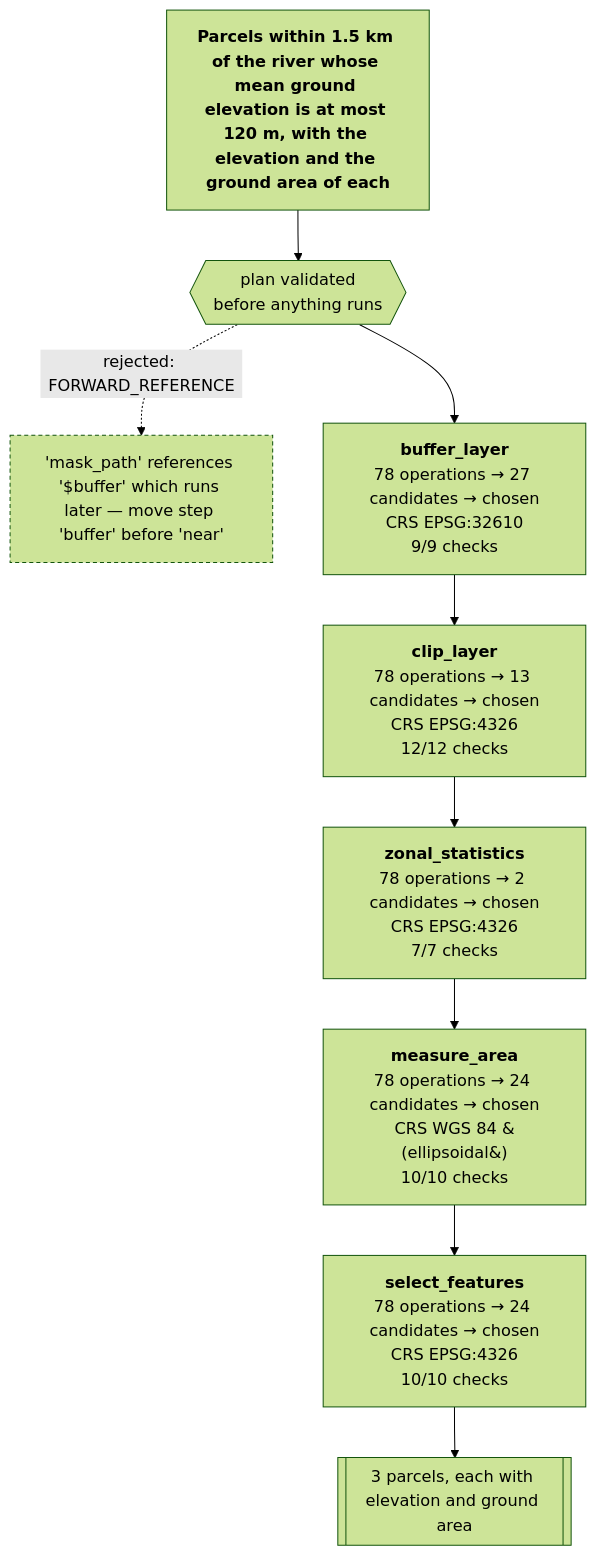
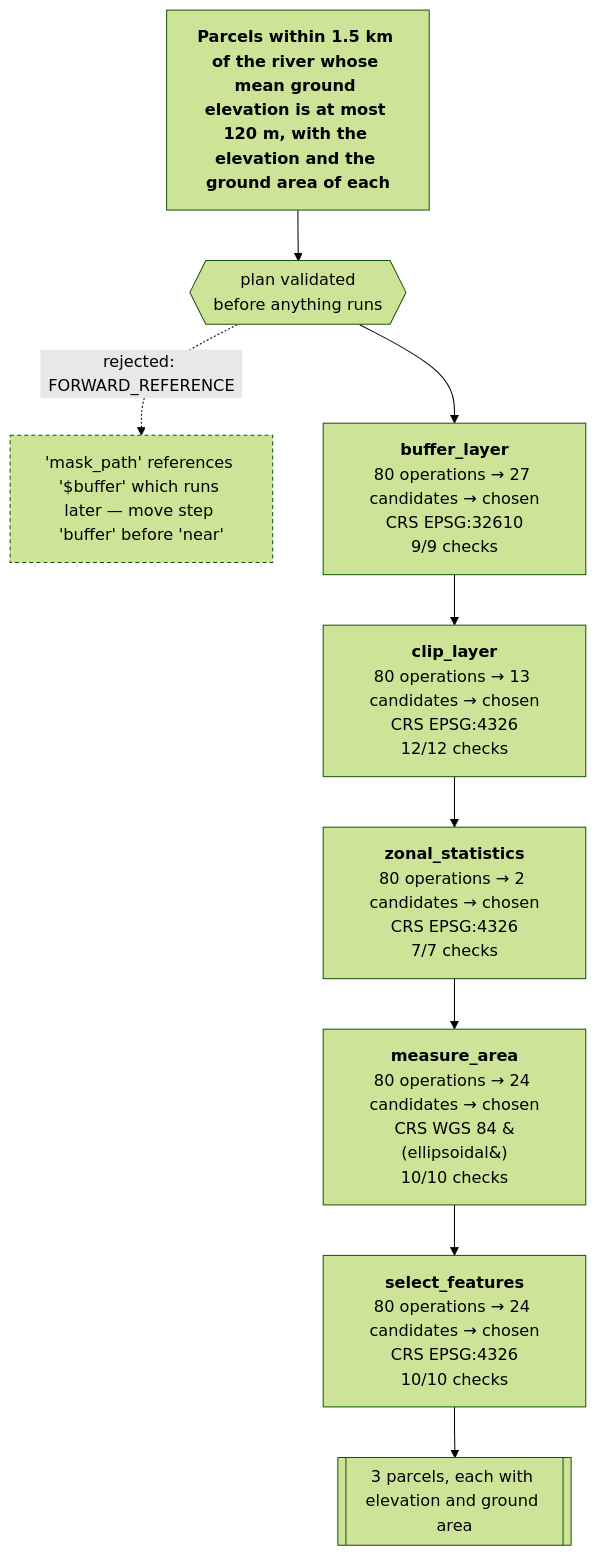
One commit to mapsmith-ai/MapSmith changed the diagram in README.md. Above: the diagram before and after it, drawn with Mermaid (forest theme). The commit also changed other lines of this file and 55 other files, not shown here.

Commit message:
Deliver the agentic geoprocessing roadmap

````diff
--- a/README.md
+++ b/README.md
@@ -89,20 +89,20 @@
 ```mermaid
 flowchart TB
   ASK["<b>Parcels within 1.5 km of the river whose mean ground elevation is at most 120 m, with the elevation and the ground area of each</b>"]
   ASK --> PLAN{{"plan validated<br/>before anything runs"}}
   PLAN -. "rejected: FORWARD_REFERENCE" .-> BAD["'mask_path' references '$buffer' which runs later — move step 'buffer' before 'near'"]
   BAD:::bad
-  BUFFER["<b>buffer_layer</b><br/>78 operations &rarr; 27 candidates &rarr; chosen<br/>CRS EPSG:32610<br/>9/9 checks"]
+  BUFFER["<b>buffer_layer</b><br/>80 operations &rarr; 27 candidates &rarr; chosen<br/>CRS EPSG:32610<br/>9/9 checks"]
   PLAN --> BUFFER
-  NEAR["<b>clip_layer</b><br/>78 operations &rarr; 13 candidates &rarr; chosen<br/>CRS EPSG:4326<br/>12/12 checks"]
+  NEAR["<b>clip_layer</b><br/>80 operations &rarr; 13 candidates &rarr; chosen<br/>CRS EPSG:4326<br/>12/12 checks"]
   BUFFER --> NEAR
-  HEIGHT["<b>zonal_statistics</b><br/>78 operations &rarr; 2 candidates &rarr; chosen<br/>CRS EPSG:4326<br/>7/7 checks"]
+  HEIGHT["<b>zonal_statistics</b><br/>80 operations &rarr; 2 candidates &rarr; chosen<br/>CRS EPSG:4326<br/>7/7 checks"]
   NEAR --> HEIGHT
-  AREA["<b>measure_area</b><br/>78 operations &rarr; 24 candidates &rarr; chosen<br/>CRS WGS 84 &#40;ellipsoidal&#41;<br/>10/10 checks"]
+  AREA["<b>measure_area</b><br/>80 operations &rarr; 24 candidates &rarr; chosen<br/>CRS WGS 84 &#40;ellipsoidal&#41;<br/>10/10 checks"]
   HEIGHT --> AREA
-  FILTER["<b>select_features</b><br/>78 operations &rarr; 24 candidates &rarr; chosen<br/>CRS EPSG:4326<br/>10/10 checks"]
+  FILTER["<b>select_features</b><br/>80 operations &rarr; 24 candidates &rarr; chosen<br/>CRS EPSG:4326<br/>10/10 checks"]
   AREA --> FILTER
   OUT[["3 parcels, each with elevation and ground area"]]
   FILTER --> OUT
   classDef bad stroke-dasharray: 4 3
 ```
````
